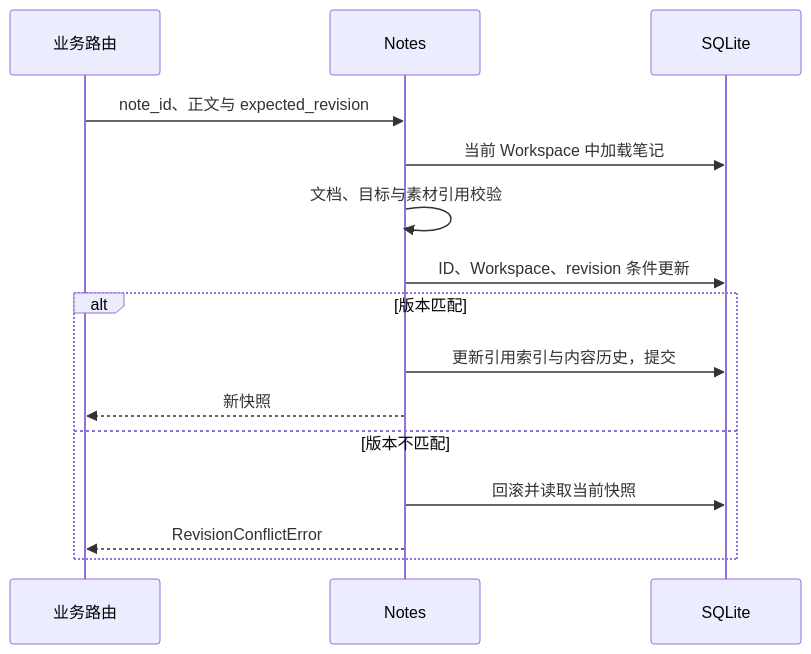
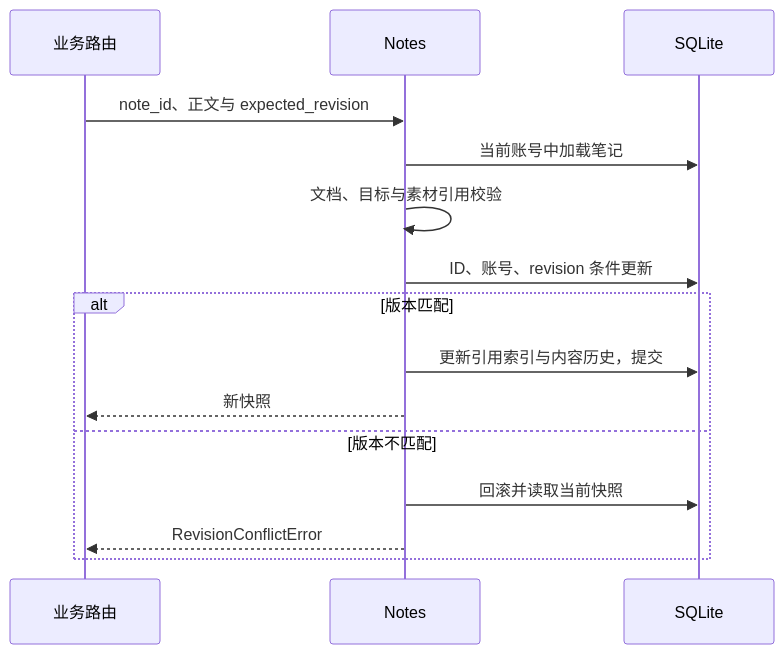
The diagram in web/src/features/thought-workshop/official/content/technical/backend-design.md (EmiyaredA/Future-Props-Lab), drawn with Mermaid before and after one commit. The commit also changed other lines of this file and 721 other files, not shown here.

````diff
--- a/web/src/features/thought-workshop/official/content/technical/backend-design.md
+++ b/web/src/features/thought-workshop/official/content/technical/backend-design.md
@@ -23,17 +23,17 @@
 ```mermaid
 sequenceDiagram
   participant R as 业务路由
   participant N as Notes
   participant D as SQLite
   R->>N: note_id、正文与 expected_revision
-  N->>D: 当前 Workspace 中加载笔记
+  N->>D: 当前账号中加载笔记
   N->>N: 文档、目标与素材引用校验
-  N->>D: ID、Workspace、revision 条件更新
+  N->>D: ID、账号、revision 条件更新
   alt 版本匹配
     N->>D: 更新引用索引与内容历史，提交
     N-->>R: 新快照
   else 版本不匹配
     N->>D: 回滚并读取当前快照
     N-->>R: RevisionConflictError
   end
 ```
````
